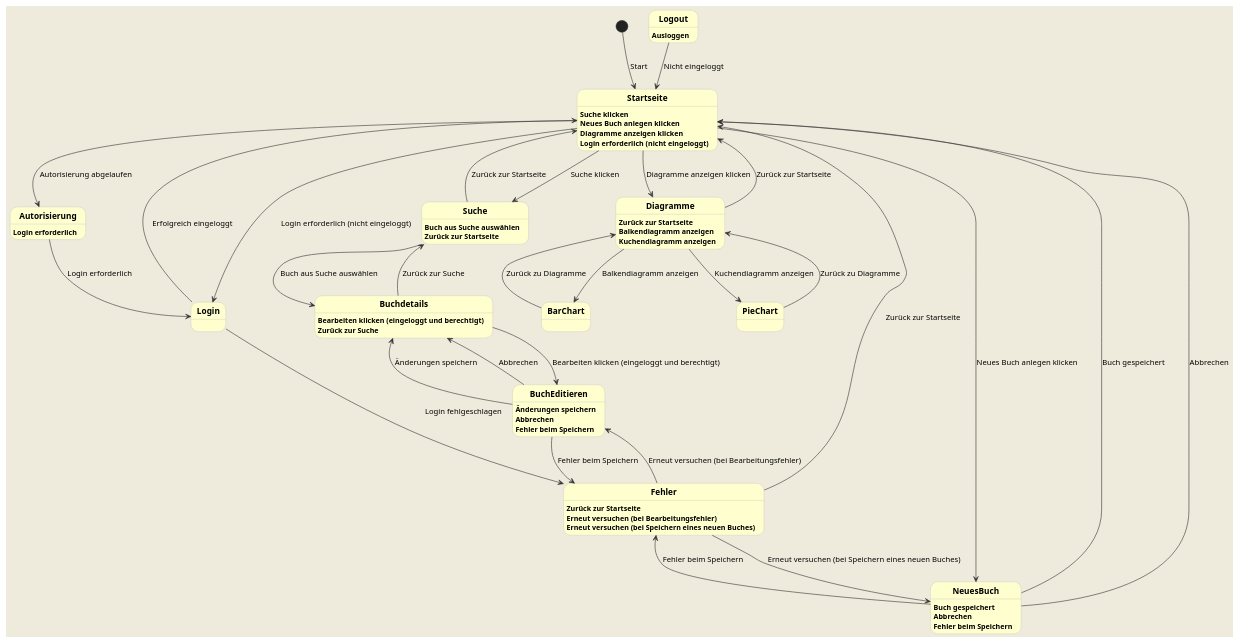
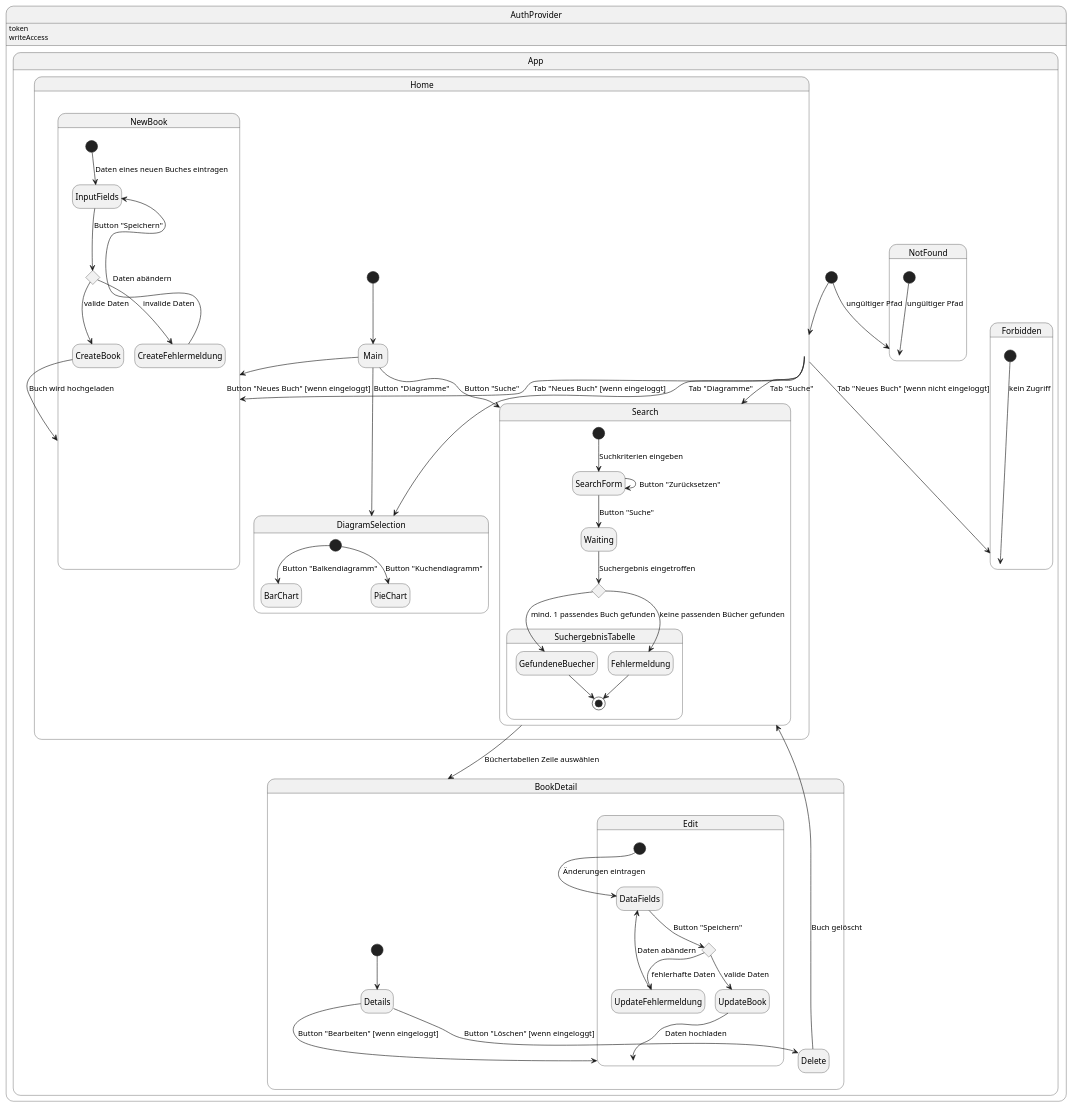
The diagram in .extras/doc/zustandsdiagramm.plantuml (marius-a-mueller/buchweb), drawn with PlantUML before and after one commit.

Commit message:
Customized State Diagramm

```diff
--- a/.extras/doc/zustandsdiagramm.plantuml
+++ b/.extras/doc/zustandsdiagramm.plantuml
@@ -1,101 +1,87 @@
-@startuml Buchweb-Zustandsdiagramm
-' Preview durch <Alt>d 
+@startuml Zustandsdiagramm
+' Preview durch <Alt>d
 
-skinparam backgroundColor #EEEBDC
-skinparam state {
-    BackgroundColor #FEFECE
-    BorderColor #BBBBBB
-    FontColor black
-    ArrowColor #333333
-    FontStyle bold
+hide empty description
+
+state AuthProvider {
+  AuthProvider : token
+  AuthProvider : writeAccess
+
+  state App {
+    [*] --> Home
+
+    state Home {
+      [*] --> Main
+      Main -down-> Search : Button "Suche"
+      Main -down-> NewBook : Button "Neues Buch" [wenn eingeloggt]
+      Main -down-> DiagramSelection : Button "Diagramme"
+    }
+
+    state Search {
+      [*] --> SearchForm: Suchkriterien eingeben
+      SearchForm --> Waiting: Button "Suche"
+      SearchForm --> SearchForm: Button "Zurücksetzen"
+
+      state SearchChoice <<choice>>
+      Waiting --> SearchChoice: Suchergebnis eingetroffen
+
+      state SuchergebnisTabelle {
+        SearchChoice --> GefundeneBuecher: mind. 1 passendes Buch gefunden
+        SearchChoice --> Fehlermeldung: keine passenden Bücher gefunden
+        Fehlermeldung --> [*]
+        GefundeneBuecher --> [*]
+      }
+    }
+
+    Search --> BookDetail: Büchertabellen Zeile auswählen
+
+    state BookDetail {
+      [*] --> Details
+      Details --> Edit: Button "Bearbeiten" [wenn eingeloggt]
+      Details --> Delete: Button "Löschen" [wenn eingeloggt]
+      Delete --> Search: Buch gelöscht
+    }
+
+    state Edit {
+      [*] --> DataFields: Änderungen eintragen
+      state UpdateChoice <<choice>>
+      DataFields --> UpdateChoice: Button "Speichern"
+      UpdateChoice --> UpdateBook: valide Daten
+      UpdateChoice --> UpdateFehlermeldung: fehlerhafte Daten
+      UpdateBook --> Edit: Daten hochladen
+      UpdateFehlermeldung --> DataFields: Daten abändern
+    }
+
+    state NewBook {
+      [*] --> InputFields: Daten eines neuen Buches eintragen
+      state AddChoice <<choice>>
+      InputFields --> AddChoice: Button "Speichern"
+      AddChoice --> CreateBook: valide Daten
+      AddChoice --> CreateFehlermeldung: invalide Daten
+      CreateBook --> NewBook: Buch wird hochgeladen
+      CreateFehlermeldung --> InputFields: Daten abändern
+    }
+
+    state DiagramSelection {
+      [*] --> BarChart: Button "Balkendiagramm"
+      [*] --> PieChart: Button "Kuchendiagramm"
+    }
+
+    state NotFound {
+      [*] --> NotFound: ungültiger Pfad
+    }
+
+    state Forbidden {
+      [*] --> Forbidden: kein Zugriff
+    }
+
+    Home -down-> Search: Tab "Suche"
+    Home -down-> NewBook: Tab "Neues Buch" [wenn eingeloggt]
+    Home -down-> DiagramSelection: Tab "Diagramme"
+    Home -down-> Forbidden: Tab "Neues Buch" [wenn nicht eingeloggt]
+
+    [*] --> NotFound: ungültiger Pfad
+  }
 }
 
-[*] --> Startseite : Start
-
-state Startseite {
-    Startseite : Suche klicken
-    Startseite : Neues Buch anlegen klicken
-    Startseite : Diagramme anzeigen klicken
-    Startseite : Login erforderlich (nicht eingeloggt)
-}
-
-Startseite --> Suche : Suche klicken
-Startseite --> NeuesBuch : Neues Buch anlegen klicken
-Startseite --> Diagramme : Diagramme anzeigen klicken
-Startseite --> Login : Login erforderlich (nicht eingeloggt)
-
-state Suche {
-    Suche : Buch aus Suche auswählen
-    Suche : Zurück zur Startseite
-}
-
-Suche --> Buchdetails : Buch aus Suche auswählen
-Suche --> Startseite : Zurück zur Startseite
-
-state NeuesBuch {
-    NeuesBuch : Buch gespeichert
-    NeuesBuch : Abbrechen
-    NeuesBuch : Fehler beim Speichern
-}
-
-NeuesBuch --> Startseite : Buch gespeichert
-NeuesBuch --> Startseite : Abbrechen
-NeuesBuch --> Fehler : Fehler beim Speichern
-
-state Diagramme {
-    Diagramme : Zurück zur Startseite
-    Diagramme : Balkendiagramm anzeigen
-    Diagramme : Kuchendiagramm anzeigen
-}
-
-Diagramme --> Startseite : Zurück zur Startseite
-Diagramme --> BarChart : Balkendiagramm anzeigen
-Diagramme --> PieChart : Kuchendiagramm anzeigen
-
-BarChart --> Diagramme : Zurück zu Diagramme
-PieChart --> Diagramme : Zurück zu Diagramme
-
-state Buchdetails {
-    Buchdetails : Bearbeiten klicken (eingeloggt und berechtigt)
-    Buchdetails : Zurück zur Suche
-}
-
-Buchdetails --> BuchEditieren : Bearbeiten klicken (eingeloggt und berechtigt)
-Buchdetails --> Suche : Zurück zur Suche
-
-state BuchEditieren {
-    BuchEditieren : Änderungen speichern
-    BuchEditieren : Abbrechen
-    BuchEditieren : Fehler beim Speichern
-}
-
-BuchEditieren --> Buchdetails : Änderungen speichern
-BuchEditieren --> Buchdetails : Abbrechen
-BuchEditieren --> Fehler : Fehler beim Speichern
-
-state Fehler {
-    Fehler : Zurück zur Startseite
-    Fehler : Erneut versuchen (bei Bearbeitungsfehler)
-    Fehler : Erneut versuchen (bei Speichern eines neuen Buches)
-}
-
-Fehler --> Startseite : Zurück zur Startseite
-Fehler --> BuchEditieren : Erneut versuchen (bei Bearbeitungsfehler)
-Fehler --> NeuesBuch : Erneut versuchen (bei Speichern eines neuen Buches)
-
-state Autorisierung {
-    Autorisierung : Login erforderlich
-}
-
-Autorisierung --> Login : Login erforderlich
-Login --> Startseite : Erfolgreich eingeloggt
-Login --> Fehler : Login fehlgeschlagen
-
-state Logout {
-    Logout : Ausloggen
-}
-
-Logout --> Startseite : Nicht eingeloggt
-Startseite --> Autorisierung : Autorisierung abgelaufen
-
 @enduml
```
